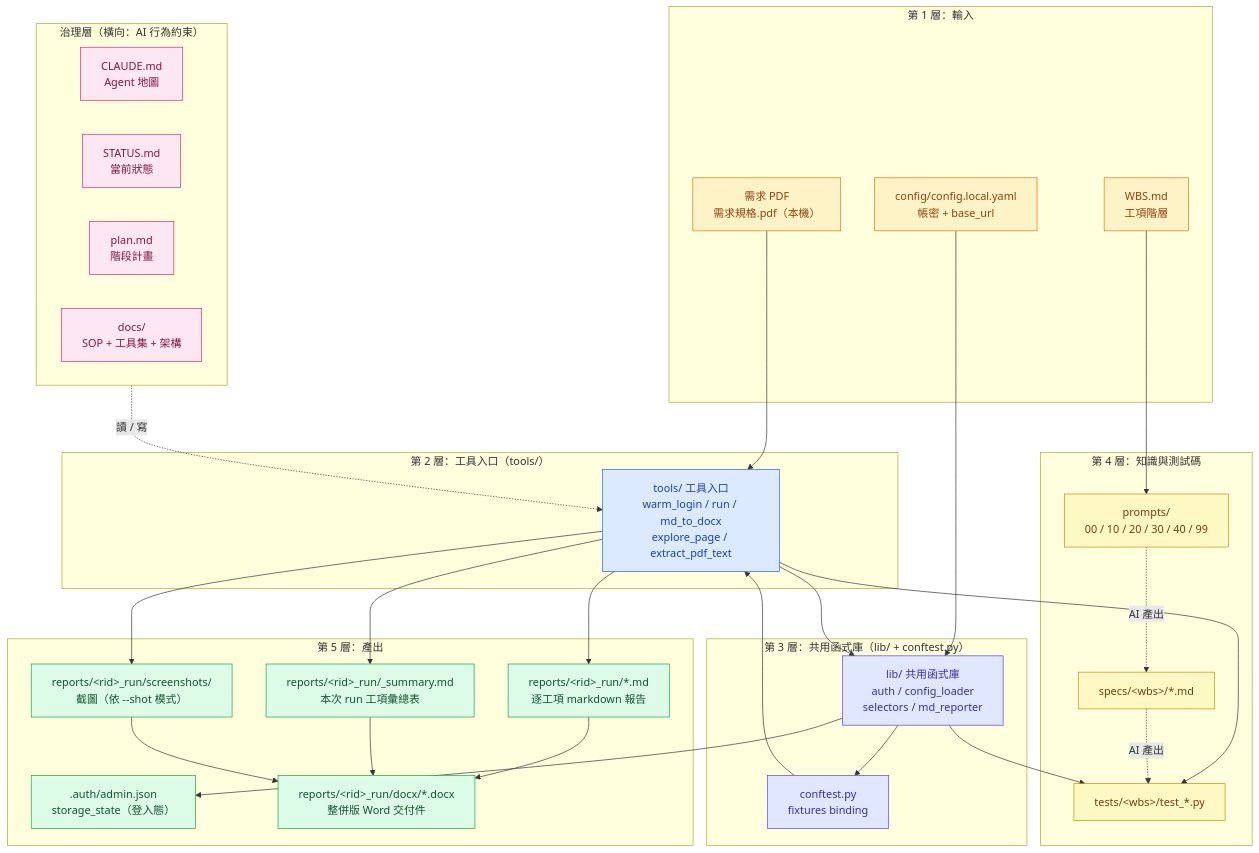
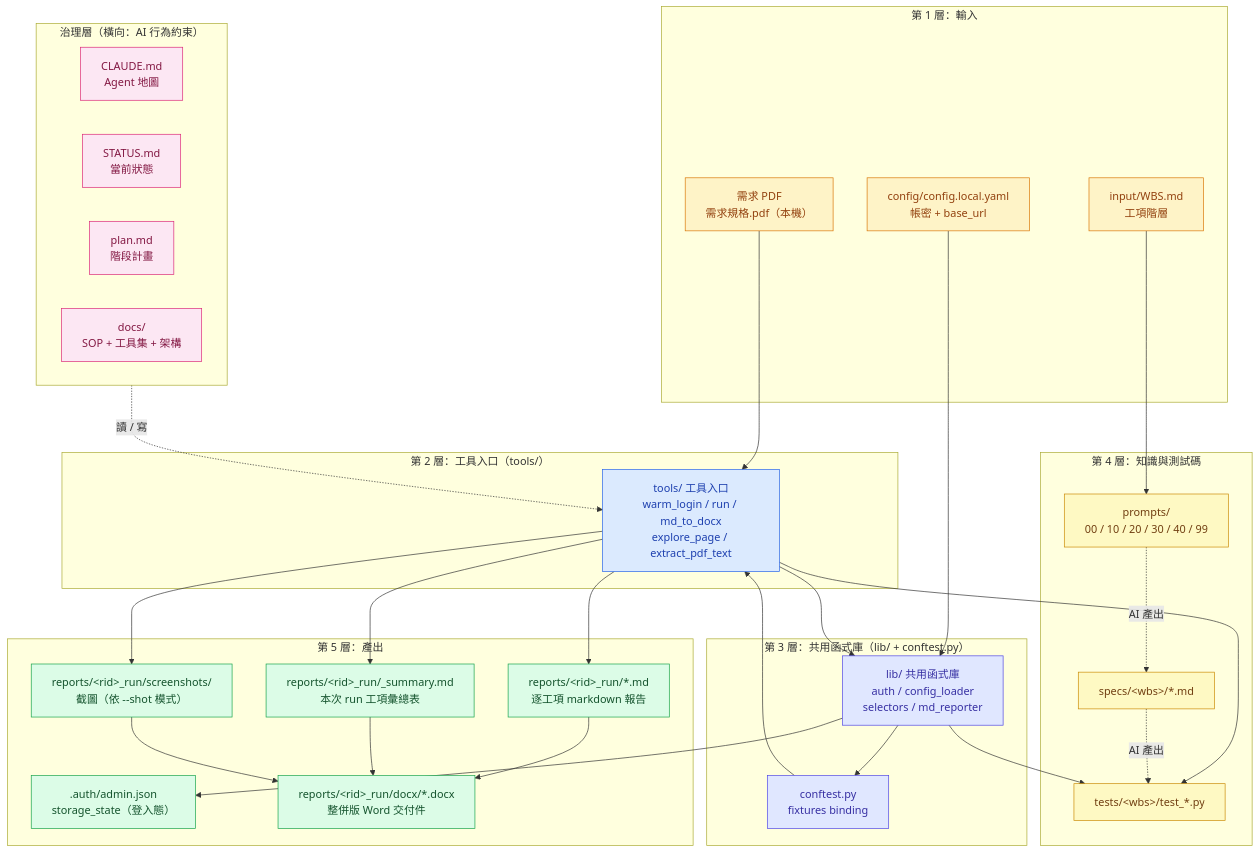
Before and after one commit to NoahGitHubAccount/POC_for_autotest: the first of 2 diagrams in docs/技術架構.md, drawn with Mermaid. The commit also changed other lines of this file and 20 other files, not shown here.

````diff
--- a/docs/技術架構.md
+++ b/docs/技術架構.md
@@ -87,68 +89,68 @@
 ```mermaid
 flowchart TB
     classDef input fill:#fef3c7,stroke:#d97706,color:#92400e
     classDef tool fill:#dbeafe,stroke:#2563eb,color:#1e40af
     classDef lib fill:#e0e7ff,stroke:#4f46e5,color:#3730a3
     classDef data fill:#dcfce7,stroke:#16a34a,color:#14532d
     classDef meta fill:#fce7f3,stroke:#db2777,color:#831843
     classDef knowledge fill:#fef9c3,stroke:#ca8a04,color:#713f12
 
     subgraph L1["第 1 層：輸入"]
         PDF["需求 PDF<br/>需求規格.pdf（本機）"]:::input
         CFG["config/config.local.yaml<br/>帳密 + base_url"]:::input
-        WBS["WBS.md<br/>工項階層"]:::input
+        WBS["input/WBS.md<br/>工項階層"]:::input
     end
 
     subgraph L2["第 2 層：工具入口（tools/）"]
         TOOLS["tools/ 工具入口<br/>warm_login / run / md_to_docx<br/>explore_page / extract_pdf_text"]:::tool
     end
 
     subgraph L3["第 3 層：共用函式庫（lib/ + conftest.py）"]
         LIB["lib/ 共用函式庫<br/>auth / config_loader<br/>selectors / md_reporter"]:::lib
         CONF["conftest.py<br/>fixtures binding"]:::lib
     end
 
     subgraph L4["第 4 層：知識與測試碼"]
         PROMPTS["prompts/<br/>00 / 10 / 20 / 30 / 40 / 99"]:::knowledge
         SPECS["specs/&lt;wbs&gt;/*.md"]:::knowledge
         TESTS["tests/&lt;wbs&gt;/test_*.py"]:::knowledge
     end
 
     subgraph L5["第 5 層：產出"]
         AUTH_F[".auth/admin.json<br/>storage_state（登入態）"]:::data
         MD_F["reports/&lt;rid&gt;_run/*.md<br/>逐工項 markdown 報告"]:::data
         SUM_F["reports/&lt;rid&gt;_run/_summary.md<br/>本次 run 工項彙總表"]:::data
         SHOT_F["reports/&lt;rid&gt;_run/screenshots/<br/>截圖（依 --shot 模式）"]:::data
         DOCX_F["reports/&lt;rid&gt;_run/docx/*.docx<br/>整併版 Word 交付件"]:::data
     end
 
     subgraph META["治理層（橫向：AI 行為約束）"]
         CLAUDE_F["CLAUDE.md<br/>Agent 地圖"]:::meta
         STATUS_F["STATUS.md<br/>當前狀態"]:::meta
         PLAN_F["plan.md<br/>階段計畫"]:::meta
         DOCS_F["docs/<br/>SOP + 工具集 + 架構"]:::meta
     end
 
     PDF --> TOOLS
     CFG --> LIB
     WBS --> PROMPTS
 
     TOOLS --> LIB
     TOOLS --> TESTS
     LIB --> CONF
     LIB --> TESTS
     CONF --> TOOLS
 
     PROMPTS -.AI 產出.-> SPECS
     SPECS -.AI 產出.-> TESTS
 
     LIB --> AUTH_F
     TOOLS --> MD_F
     TOOLS --> SUM_F
     TOOLS --> SHOT_F
     MD_F --> DOCX_F
     SUM_F --> DOCX_F
     SHOT_F --> DOCX_F
 
     META -.讀 / 寫.-> TOOLS
 ```
````
